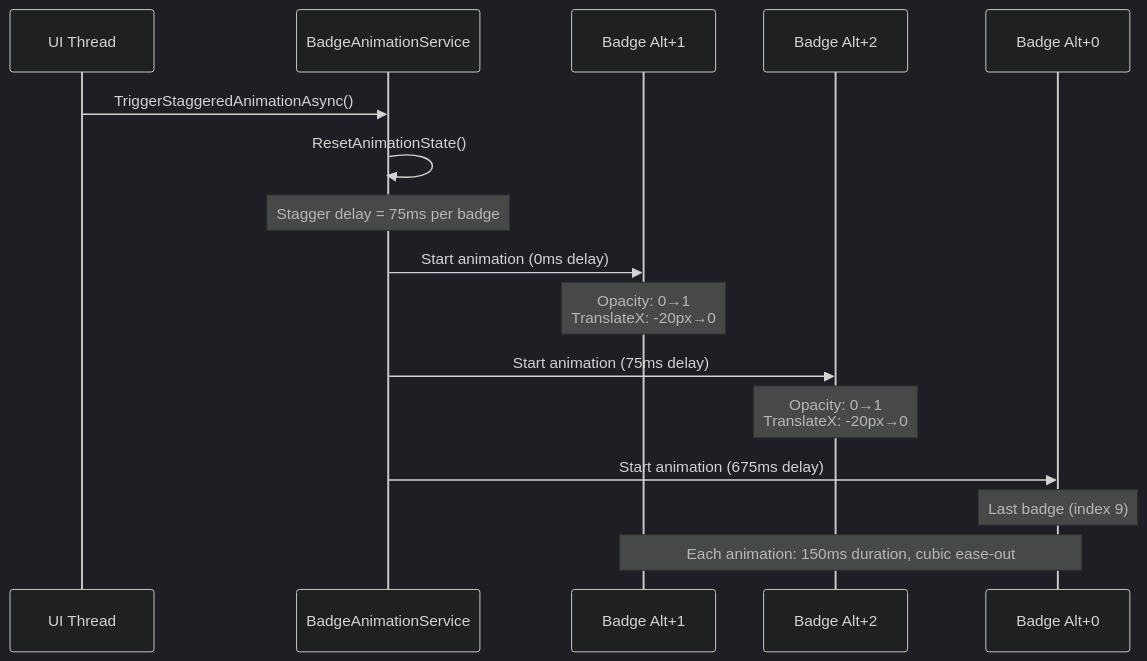
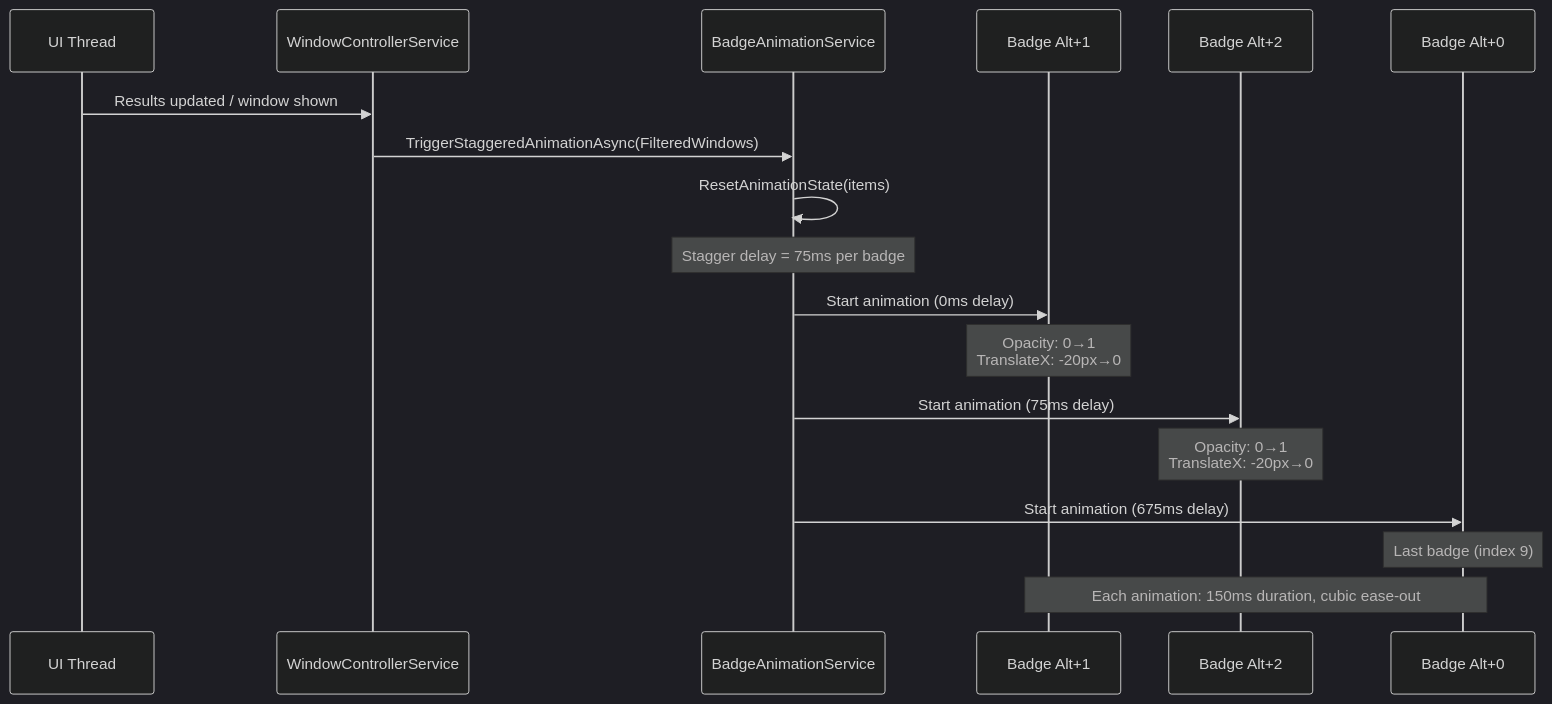
One commit to jamesericwong/switchblade changed the seventh of 7 diagrams in README.md. Above: the diagram before and after it, drawn with Mermaid (dark theme). The commit also changed other lines of this file and 12 other files, not shown here.

````diff
--- a/README.md
+++ b/README.md
@@ -522,24 +532,26 @@
 ```mermaid
 sequenceDiagram
     participant UI as UI Thread
+    participant WC as WindowControllerService
     participant BAS as BadgeAnimationService
     participant B1 as Badge Alt+1
     participant B2 as Badge Alt+2
     participant B0 as Badge Alt+0
 
-    UI->>BAS: TriggerStaggeredAnimationAsync()
-    BAS->>BAS: ResetAnimationState()
+    UI->>WC: Results updated / window shown
+    WC->>BAS: TriggerStaggeredAnimationAsync(FilteredWindows)
+    BAS->>BAS: ResetAnimationState(items)
     
     Note over BAS: Stagger delay = 75ms per badge
     
     BAS->>B1: Start animation (0ms delay)
     Note over B1: Opacity: 0→1<br/>TranslateX: -20px→0
     
     BAS->>B2: Start animation (75ms delay)
     Note over B2: Opacity: 0→1<br/>TranslateX: -20px→0
     
     BAS->>B0: Start animation (675ms delay)
     Note over B0: Last badge (index 9)
     
     Note over B1,B0: Each animation: 150ms duration, cubic ease-out
 ```
````
